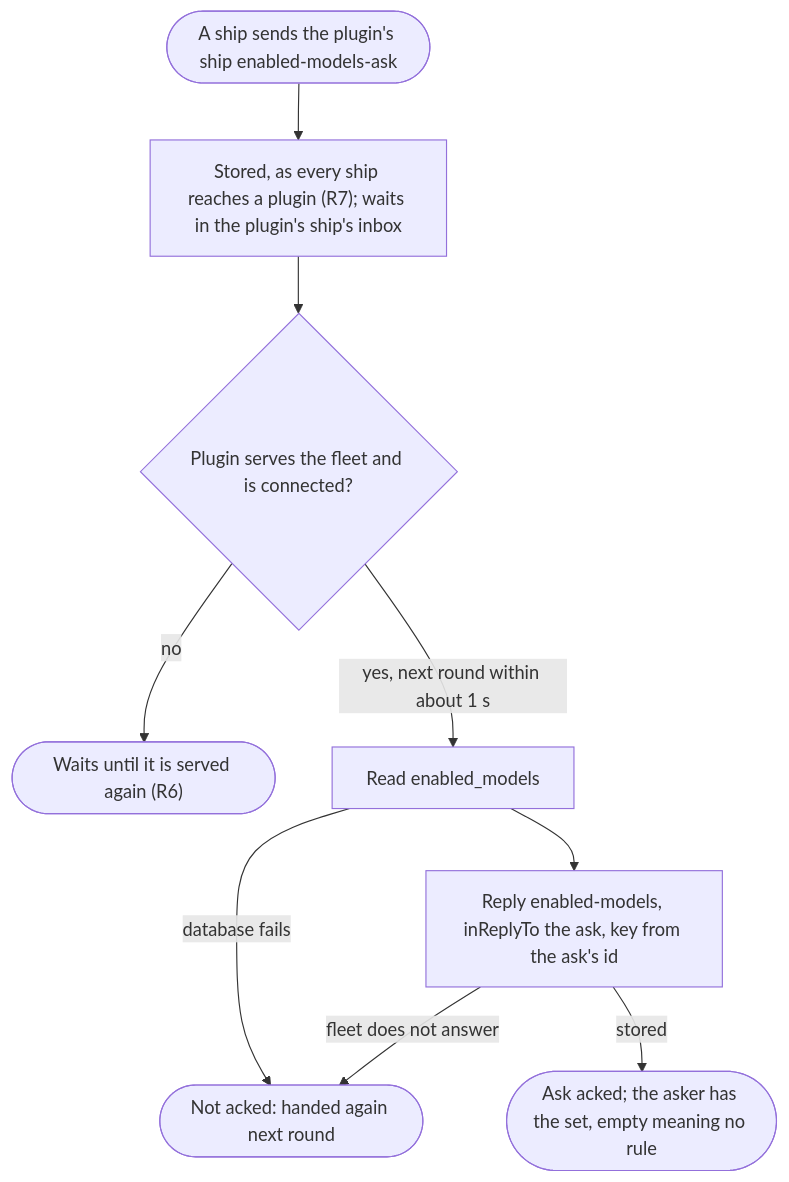
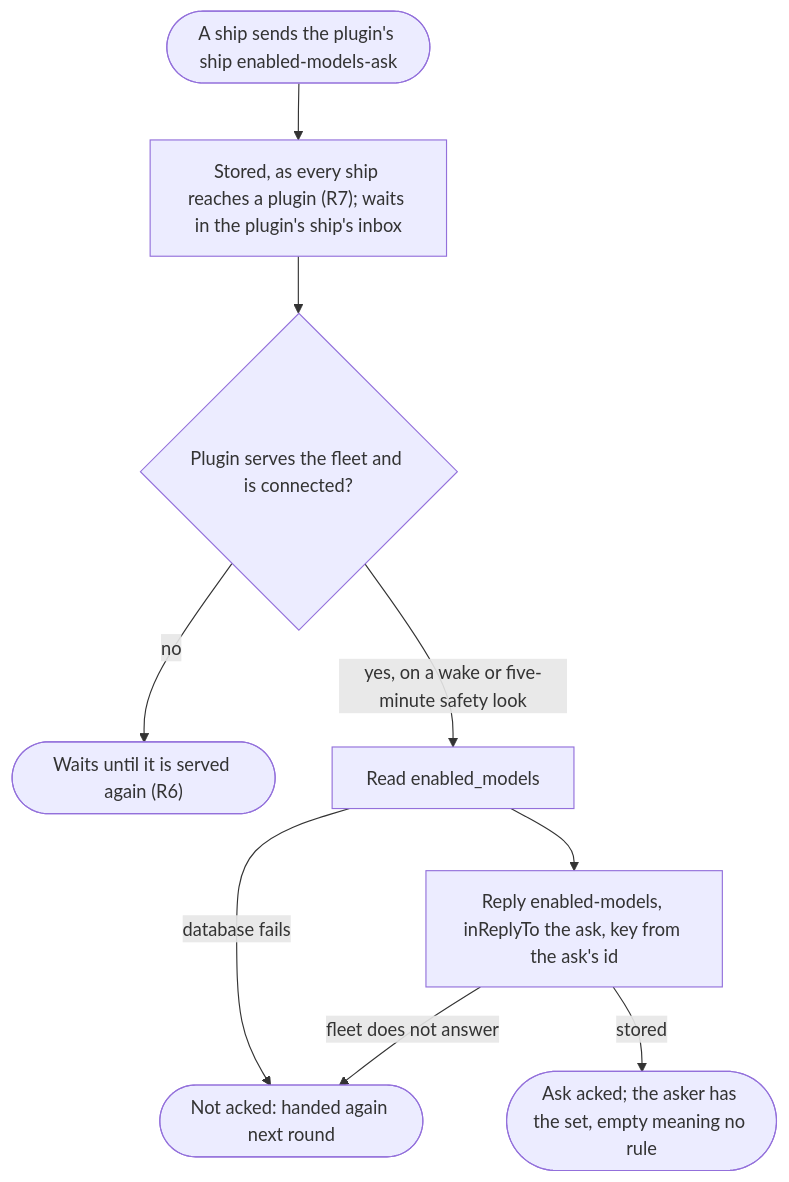
The first of 2 diagrams in docs/design/enabled-models-for-ships.md (ThomasHendrickx/aeolus-fleet-trierarch-plugin), drawn with Mermaid before and after one commit. The commit also changed other lines of this file and 1 other file, not shown here.

Commit message:
docs(connection): describe wake driven inbox handling

````diff
--- a/docs/design/enabled-models-for-ships.md
+++ b/docs/design/enabled-models-for-ships.md
@@ -66,11 +66,11 @@
 ```mermaid
 flowchart TD
   ask(["A ship sends the plugin's ship enabled-models-ask"]) --> stored["Stored, as every ship reaches a plugin (R7); waits in the plugin's ship's inbox"]
   stored --> served{"Plugin serves the fleet and is connected?"}
   served -->|no| waits(["Waits until it is served again (R6)"])
-  served -->|"yes, next round within about 1 s"| read["Read enabled_models"]
+  served -->|"yes, on a wake or five-minute safety look"| read["Read enabled_models"]
   read -->|"database fails"| again(["Not acked: handed again next round"])
   read --> reply["Reply enabled-models, inReplyTo the ask, key from the ask's id"]
   reply -->|"fleet does not answer"| again
   reply -->|stored| ack(["Ask acked; the asker has the set, empty meaning no rule"])
 ```
````
